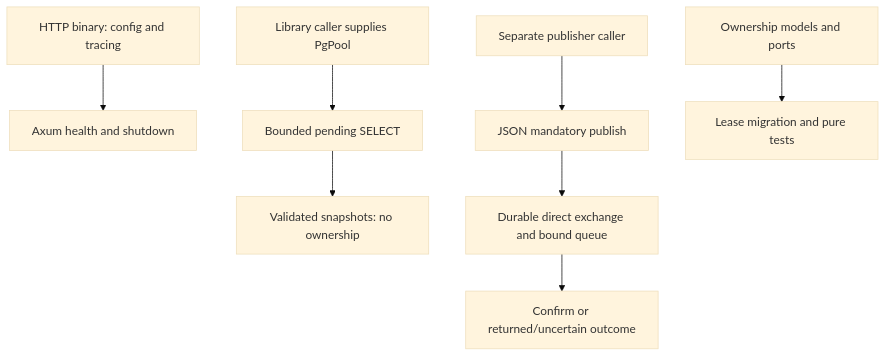
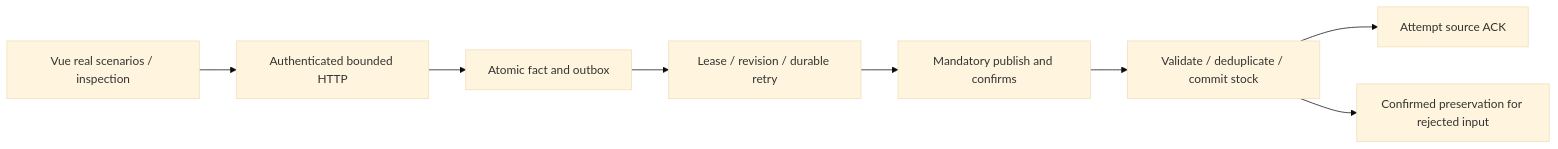
One commit to juniocr26/engineering-library changed the diagram in docs/en/integrations/verified-flows.md. Above: the diagram before and after it, drawn with Mermaid (base theme). The commit also changed other lines of this file and 51 other files, not shown here.

````diff
--- a/docs/en/integrations/verified-flows.md
+++ b/docs/en/integrations/verified-flows.md
@@ -50,10 +15,10 @@
 ```mermaid
-flowchart TB
-    MAIN[HTTP binary: config and tracing] --> HEALTH[Axum health and shutdown]
-    CALLER[Library caller supplies PgPool] --> READER[Bounded pending SELECT]
-    READER --> SNAP[Validated snapshots: no ownership]
-    PC[Separate publisher caller] --> PUB[JSON mandatory publish]
-    PUB --> BROKER[Durable direct exchange and bound queue]
-    BROKER --> CONF[Confirm or returned/uncertain outcome]
-    MODEL[Ownership models and ports] --> SCHEMA[Lease migration and pure tests]
+flowchart LR
+    Vue[Vue real scenarios / inspection] --> HTTP[Authenticated bounded HTTP]
+    HTTP --> Producer[Atomic fact and outbox]
+    Producer --> Relay[Lease / revision / durable retry]
+    Relay --> Broker[Mandatory publish and confirms]
+    Broker --> Consumer[Validate / deduplicate / commit stock]
+    Consumer --> Ack[Attempt source ACK]
+    Consumer --> Quarantine[Confirmed preservation for rejected input]
 ```
````
